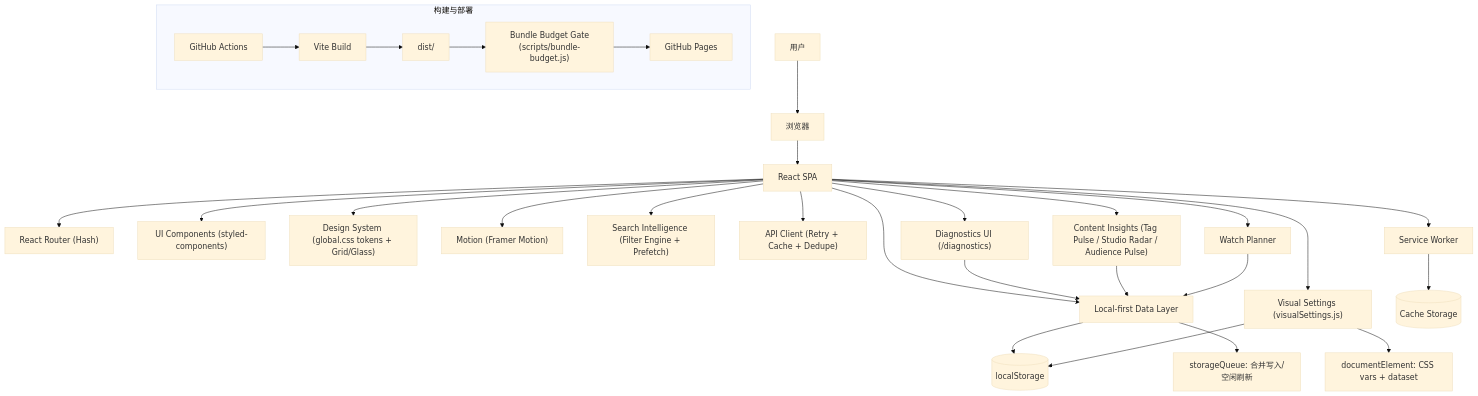
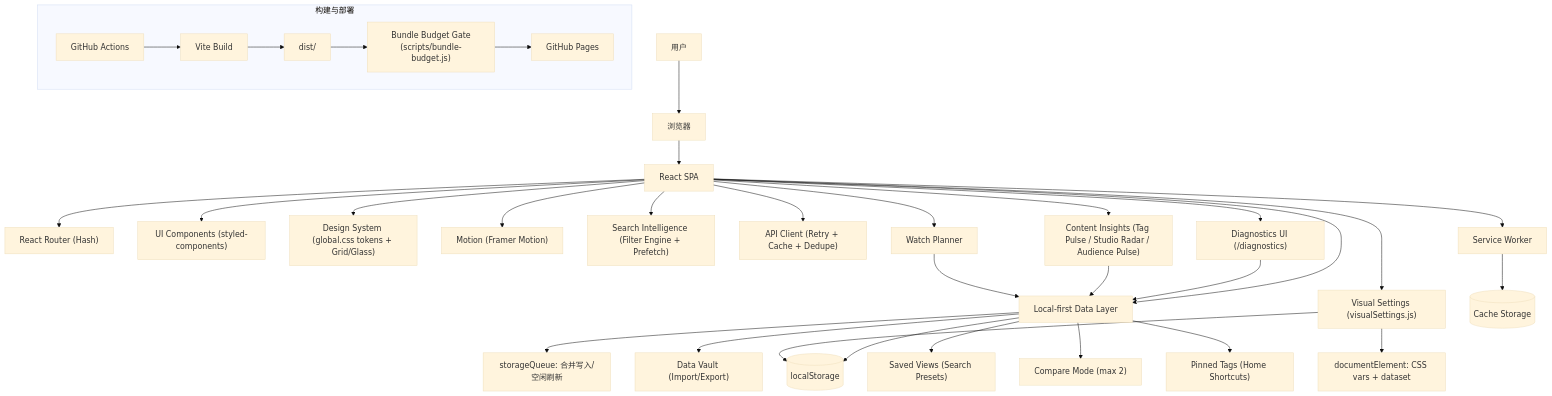
One commit to TUR1412/Guoman changed the first of 2 diagrams in helloagents/wiki/arch.md. Above: the diagram before and after it, drawn with Mermaid (base theme). The commit also changed 32 other files, not shown here.

First line of the commit message:
feat(r16): saved views + compare mode + pinned tags

````diff
--- a/helloagents/wiki/arch.md
+++ b/helloagents/wiki/arch.md
@@ -5,38 +5,42 @@
 ```mermaid
 flowchart TD
   User[用户] --> Browser[浏览器]
   Browser --> App[React SPA]
 
   App --> Router["React Router (Hash)"]
   App --> UI["UI Components (styled-components)"]
   App --> Design["Design System (global.css tokens + Grid/Glass)"]
   App --> Motion["Motion (Framer Motion)"]
 
   App --> Data["Local-first Data Layer"]
   Data --> LS[(localStorage)]
   Data --> Queue["storageQueue: 合并写入/空闲刷新"]
+  Data --> Vault["Data Vault (Import/Export)"]
+  Data --> SavedViews["Saved Views (Search Presets)"]
+  Data --> Compare["Compare Mode (max 2)"]
+  Data --> Pins["Pinned Tags (Home Shortcuts)"]
 
   App --> Search["Search Intelligence (Filter Engine + Prefetch)"]
   App --> Api["API Client (Retry + Cache + Dedupe)"]
   App --> Insights["Content Insights (Tag Pulse / Studio Radar / Audience Pulse)"]
   App --> Planner["Watch Planner"]
 
   App --> Visual["Visual Settings (visualSettings.js)"]
   Visual --> LS
   Visual --> Root["documentElement: CSS vars + dataset"]
 
   App --> Diagnostics["Diagnostics UI (/diagnostics)"]
   Diagnostics --> Data
   Insights --> Data
   Planner --> Data
 
   App --> PWA[Service Worker]
   PWA --> Cache[(Cache Storage)]
 
   subgraph Build[构建与部署]
     Actions[GitHub Actions] --> Vite[Vite Build]
     Vite --> Dist[dist/]
     Dist --> Budget["Bundle Budget Gate\n(scripts/bundle-budget.js)"]
     Budget --> Pages[GitHub Pages]
   end
 ```
````
